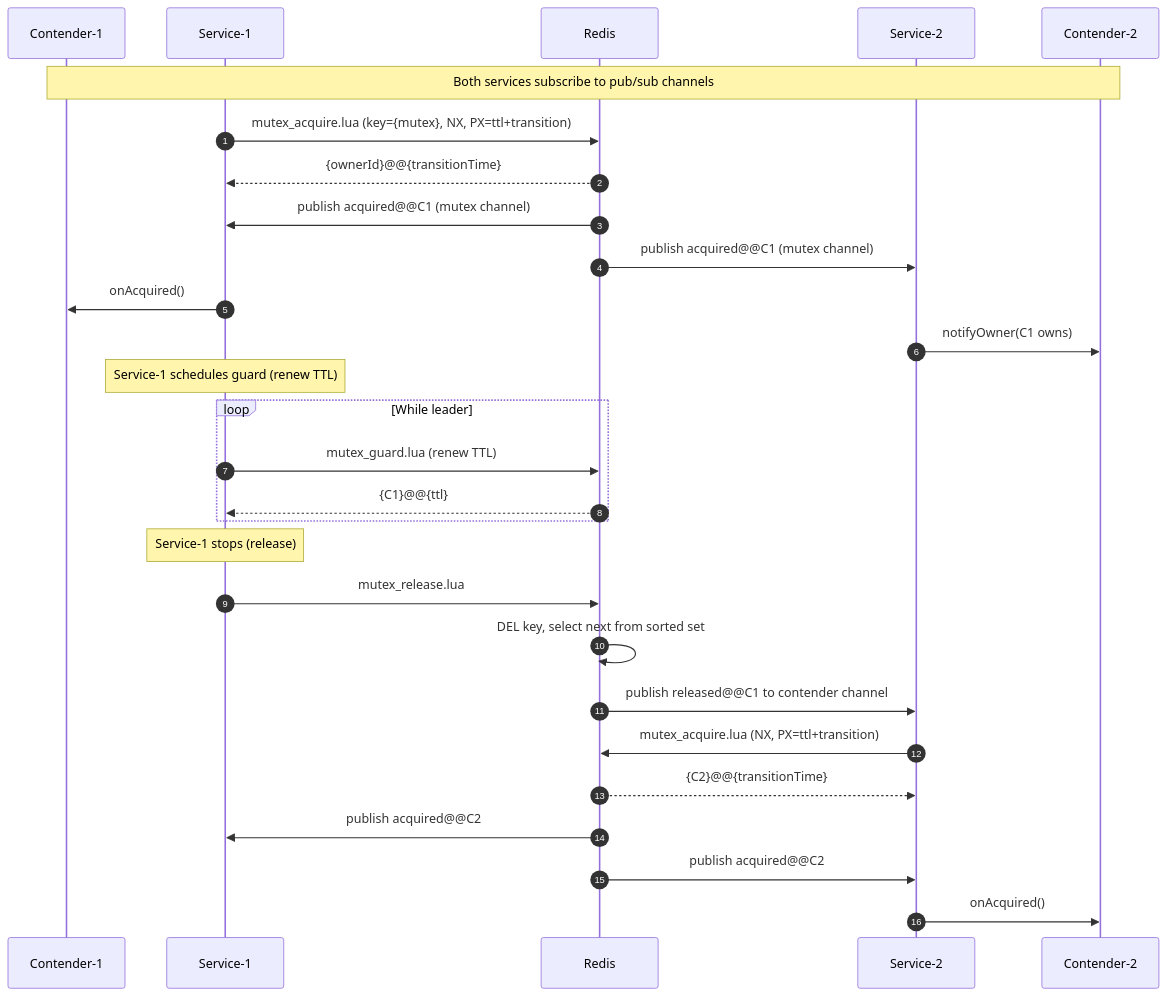
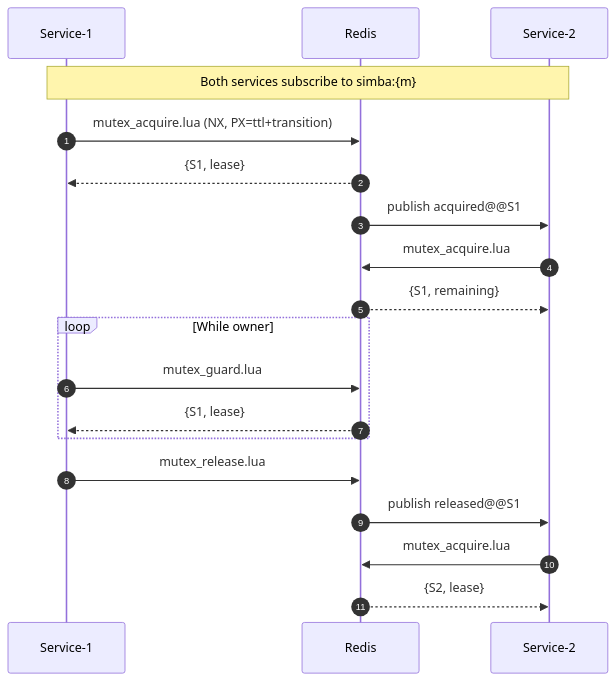
One commit to Ahoo-Wang/Simba changed the second of 2 diagrams in wiki/modules/simba-spring-redis.md. Above: the diagram before and after it, drawn with Mermaid. The commit also changed other lines of this file and 45 other files, not shown here.

````diff
--- a/wiki/modules/simba-spring-redis.md
+++ b/wiki/modules/simba-spring-redis.md
@@ -251,35 +121,22 @@
 ```mermaid
 sequenceDiagram
 autonumber
-    participant C1 as Contender-1
     participant S1 as Service-1
     participant Redis as Redis
     participant S2 as Service-2
-    participant C2 as Contender-2
 
-    Note over C1,C2: Both services subscribe to pub/sub channels
-
-    S1->>Redis: mutex_acquire.lua (key={mutex}, NX, PX=ttl+transition)
-    Redis-->>S1: {ownerId}@@{transitionTime}
-    Redis->>S1: publish acquired@@C1 (mutex channel)
-    Redis->>S2: publish acquired@@C1 (mutex channel)
-    S1->>C1: onAcquired()
-    S2->>C2: notifyOwner(C1 owns)
-
-    Note over S1: Service-1 schedules guard (renew TTL)
-
-    loop While leader
-        S1->>Redis: mutex_guard.lua (renew TTL)
-        Redis-->>S1: {C1}@@{ttl}
+    Note over S1,S2: Both services subscribe to simba:{m}
+    S1->>Redis: mutex_acquire.lua (NX, PX=ttl+transition)
+    Redis-->>S1: {S1, lease}
+    Redis->>S2: publish acquired@@S1
+    S2->>Redis: mutex_acquire.lua
+    Redis-->>S2: {S1, remaining}
+    loop While owner
+        S1->>Redis: mutex_guard.lua
+        Redis-->>S1: {S1, lease}
     end
-
-    Note over S1: Service-1 stops (release)
     S1->>Redis: mutex_release.lua
-    Redis->>Redis: DEL key, select next from sorted set
-    Redis->>S2: publish released@@C1 to contender channel
-    S2->>Redis: mutex_acquire.lua (NX, PX=ttl+transition)
-    Redis-->>S2: {C2}@@{transitionTime}
-    Redis->>S1: publish acquired@@C2
-    Redis->>S2: publish acquired@@C2
-    S2->>C2: onAcquired()
+    Redis->>S2: publish released@@S1
+    S2->>Redis: mutex_acquire.lua
+    Redis-->>S2: {S2, lease}
 ```
````
